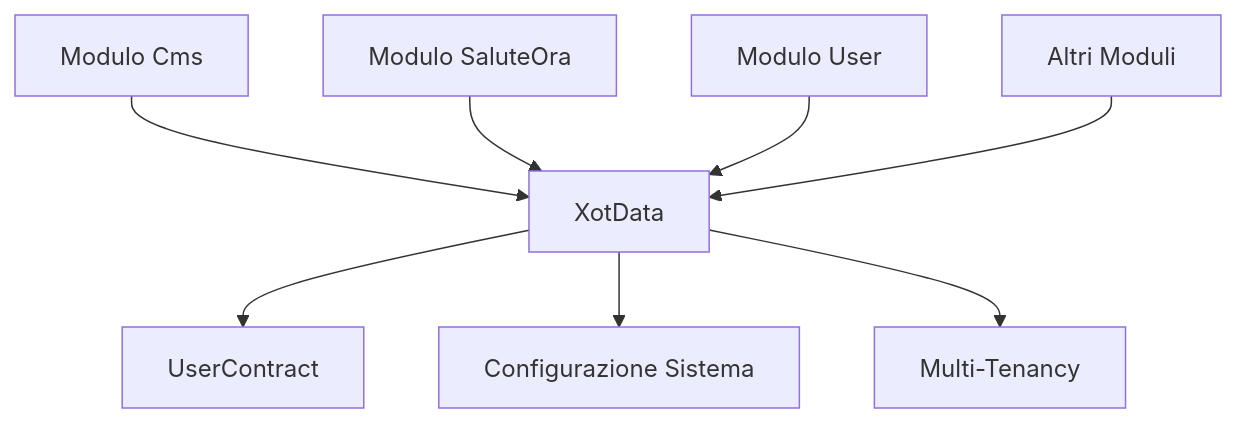
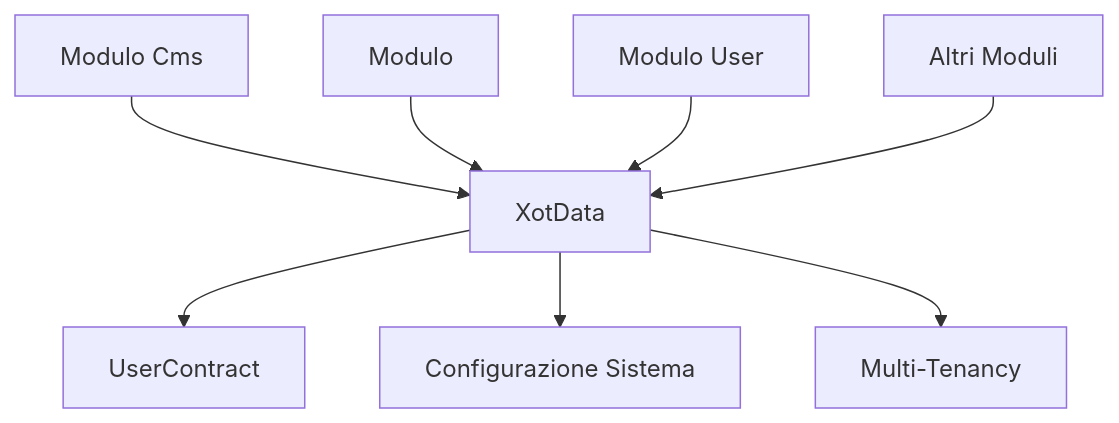
The diagram in docs/xotdata-architecture-critical-error-fix.md (laraxot/module_chart_fila4), drawn with Mermaid before and after one commit. The commit also changed other lines of this file and 301 other files, not shown here.

````diff
--- a/docs/xotdata-architecture-critical-error-fix.md
+++ b/docs/xotdata-architecture-critical-error-fix.md
@@ -277,11 +277,11 @@
 ```mermaid
 graph TD
     A[Modulo Cms] --> B[XotData]
-    C[Modulo SaluteOra] --> B
+    C[Modulo <nome progetto>] --> B
     D[Modulo User] --> B
     E[Altri Moduli] --> B
     
     B --> F[UserContract]
     B --> G[Configurazione Sistema]
     B --> H[Multi-Tenancy]
 ```
````
